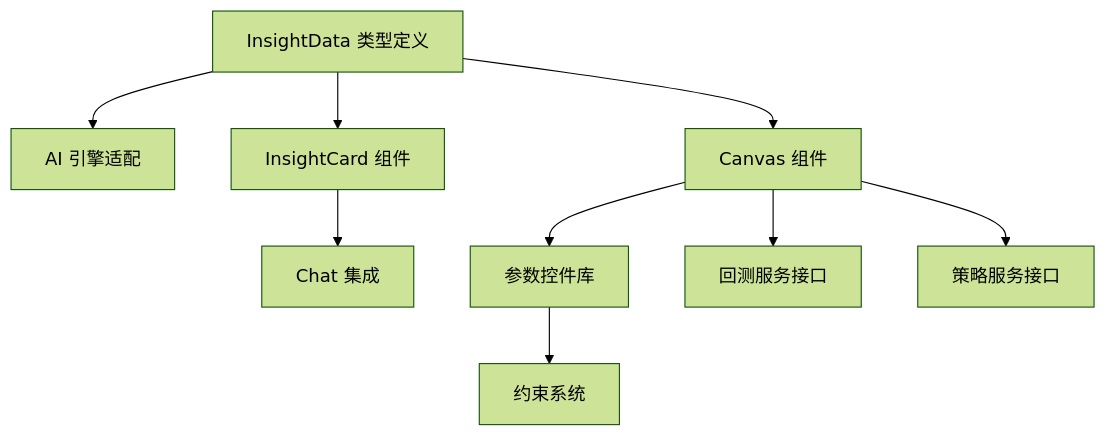
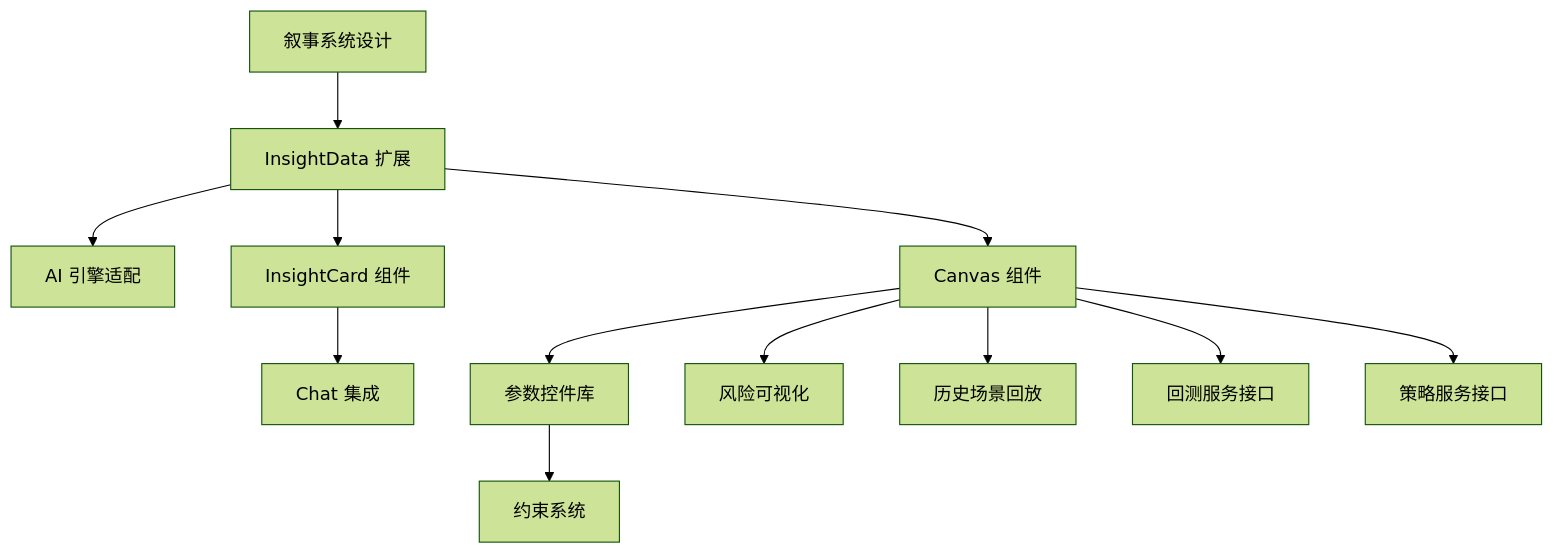
The diagram in docs/prd/a2ui-requirements.md (VictorVVedtion/delta-terminal), drawn with Mermaid (forest theme) before and after one commit. The commit also changed other lines of this file and 21 other files, not shown here.

````diff
--- a/docs/prd/a2ui-requirements.md
+++ b/docs/prd/a2ui-requirements.md
@@ -578,11 +877,14 @@
 ```mermaid
 graph TD
-    A[InsightData 类型定义] --> B[AI 引擎适配]
-    A --> C[InsightCard 组件]
-    A --> D[Canvas 组件]
-    C --> E[Chat 集成]
-    D --> F[参数控件库]
-    F --> G[约束系统]
-    D --> H[回测服务接口]
-    D --> I[策略服务接口]
+    A[叙事系统设计] --> B[InsightData 扩展]
+    B --> C[AI 引擎适配]
+    B --> D[InsightCard 组件]
+    B --> E[Canvas 组件]
+    D --> F[Chat 集成]
+    E --> G[参数控件库]
+    E --> H[风险可视化]
+    E --> I[历史场景回放]
+    G --> J[约束系统]
+    E --> K[回测服务接口]
+    E --> L[策略服务接口]
 ```
````
